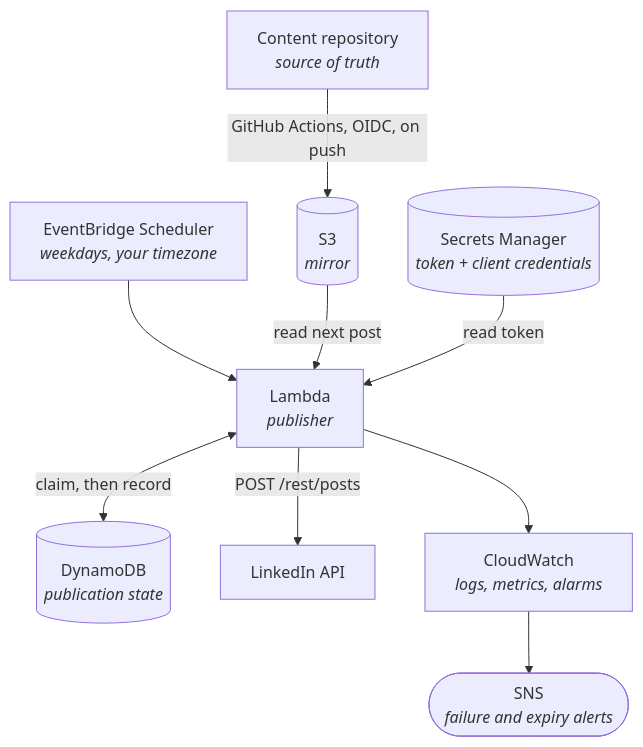
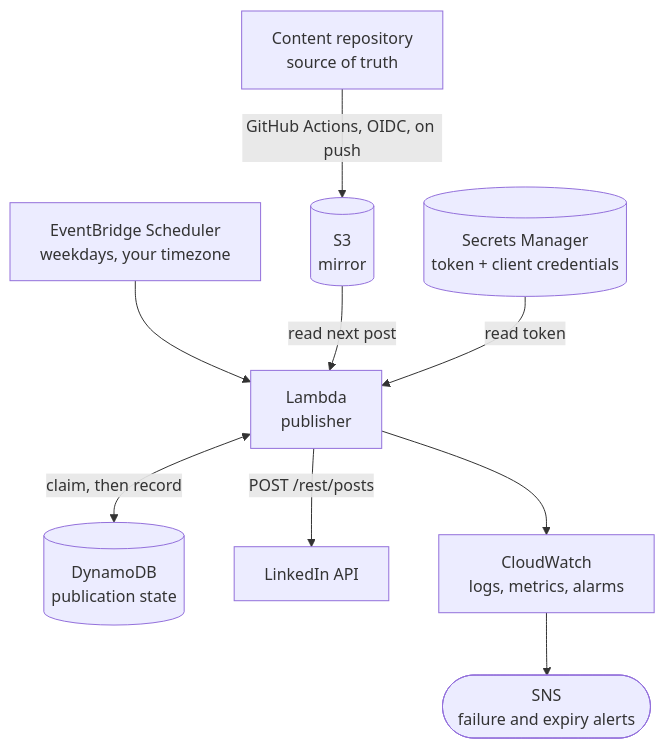
The diagram in README.md (daoxiao0/aws-serverless-social-publisher), drawn with Mermaid before and after one commit.

Commit message:
Drop HTML italics from the diagram labels
Mermaid renders labels without HTML in some configurations, where the tags
would show up literally. Line breaks are handled either way.

````diff
--- a/README.md
+++ b/README.md
@@ -21,21 +21,21 @@
 ```mermaid
 flowchart TB
-    MD["Content repository<br/><i>source of truth</i>"]
-    S3[("S3<br/><i>mirror</i>")]
-    SCH["EventBridge Scheduler<br/><i>weekdays, your timezone</i>"]
-    LAMBDA["Lambda<br/><i>publisher</i>"]
-    SM[("Secrets Manager<br/><i>token + client credentials</i>")]
-    DDB[("DynamoDB<br/><i>publication state</i>")]
+    MD["Content repository<br/>source of truth"]
+    S3[("S3<br/>mirror")]
+    SCH["EventBridge Scheduler<br/>weekdays, your timezone"]
+    LAMBDA["Lambda<br/>publisher"]
+    SM[("Secrets Manager<br/>token + client credentials")]
+    DDB[("DynamoDB<br/>publication state")]
     LI["LinkedIn API"]
-    CW["CloudWatch<br/><i>logs, metrics, alarms</i>"]
-    SNS(["SNS<br/><i>failure and expiry alerts</i>"])
+    CW["CloudWatch<br/>logs, metrics, alarms"]
+    SNS(["SNS<br/>failure and expiry alerts"])
 
     MD -->|"GitHub Actions, OIDC, on push"| S3
     SCH --> LAMBDA
     S3 -->|"read next post"| LAMBDA
     SM -->|"read token"| LAMBDA
     LAMBDA <-->|"claim, then record"| DDB
     LAMBDA -->|"POST /rest/posts"| LI
     LAMBDA --> CW
     CW --> SNS
 ```
````
